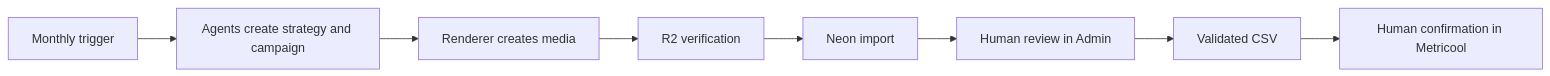
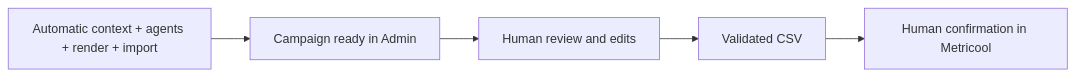
One commit to rfullivarri/innerbloomv3 changed the first of 4 diagrams in Docs/marketing/automated-marketing-system.md. Above: the diagram before and after it, drawn with Mermaid. The commit also changed other lines of this file, not shown here.

````diff
--- a/Docs/marketing/automated-marketing-system.md
+++ b/Docs/marketing/automated-marketing-system.md
@@ -13,10 +23,7 @@
 ```mermaid
 flowchart LR
-  A[Monthly trigger] --> B[Agents create strategy and campaign]
-  B --> C[Renderer creates media]
-  C --> D[R2 verification]
-  D --> E[Neon import]
-  E --> F[Human review in Admin]
-  F --> G[Validated CSV]
-  G --> H[Human confirmation in Metricool]
+  A[Automatic context + agents + render + import] --> B[Campaign ready in Admin]
+  B --> C[Human review and edits]
+  C --> D[Validated CSV]
+  D --> E[Human confirmation in Metricool]
 ```
````
